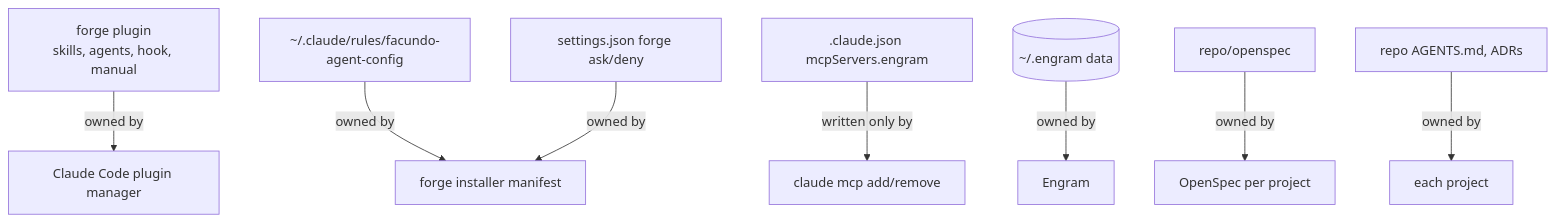
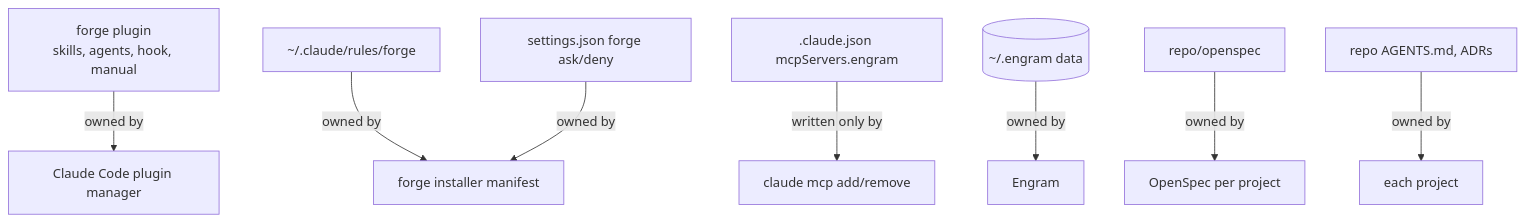
The diagram in docs/architecture.md (nobodyh-ctrl/tenet-plugin), drawn with Mermaid before and after one commit. The commit also changed other lines of this file and 29 other files, not shown here.

````diff
--- a/docs/architecture.md
+++ b/docs/architecture.md
@@ -26,10 +26,10 @@
 ```mermaid
 flowchart TB
   forge[forge plugin<br/>skills, agents, hook, manual] -->|owned by| CC[Claude Code plugin manager]
-  rules[~/.claude/rules/facundo-agent-config] -->|owned by| inst[forge installer manifest]
+  rules[~/.claude/rules/forge] -->|owned by| inst[forge installer manifest]
   perms[settings.json forge ask/deny] -->|owned by| inst
   mcp[.claude.json mcpServers.engram] -->|written only by| cli[claude mcp add/remove]
   db[(~/.engram data)] -->|owned by| engram[Engram]
   specs[repo/openspec] -->|owned by| openspec[OpenSpec per project]
   proj[repo AGENTS.md, ADRs] -->|owned by| project[each project]
 ```
````
